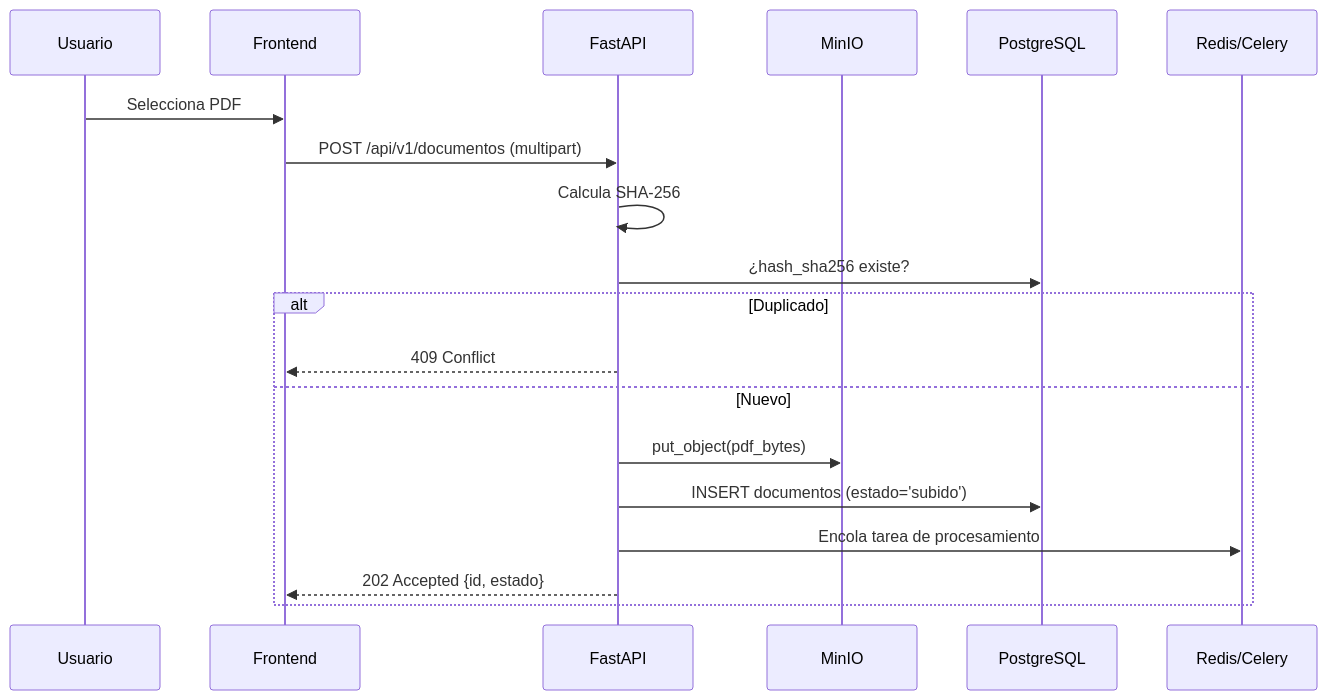
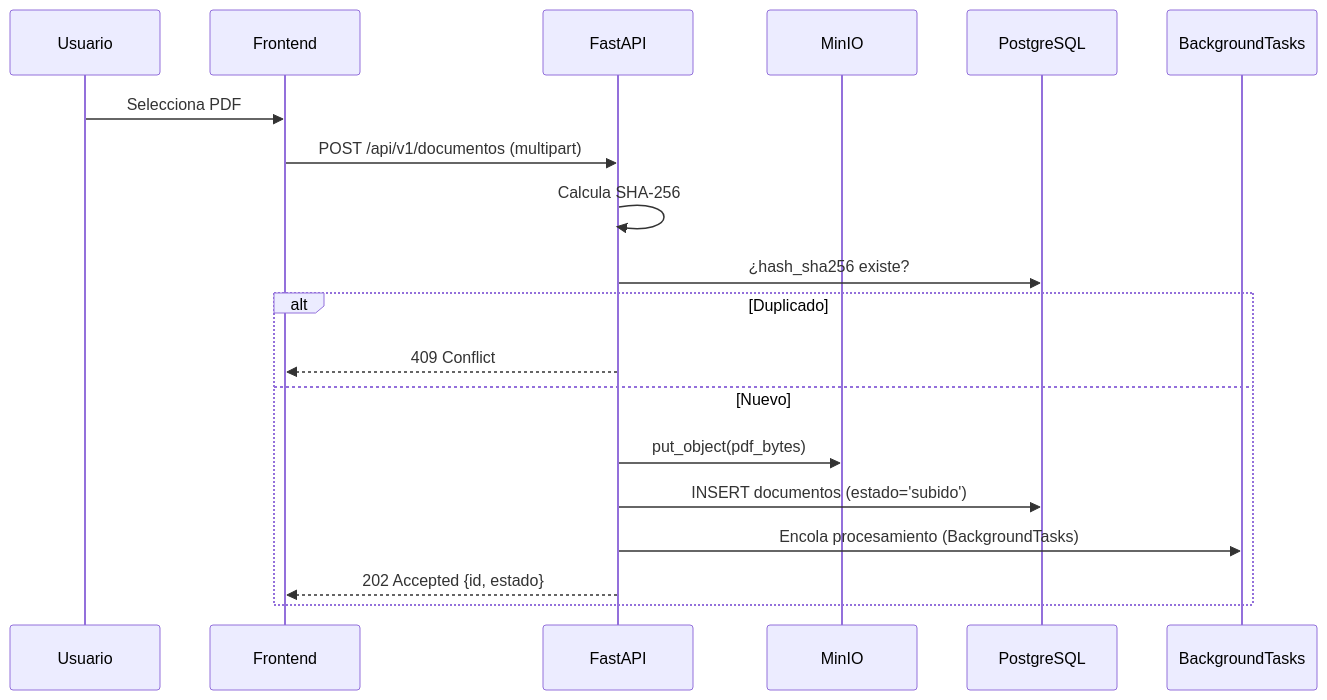
Before and after one commit to soviedos/cenfotec-gestion-academica: the first of 2 diagrams in docs/processing-pipeline.md, drawn with Mermaid. The commit also changed other lines of this file and 8 other files, not shown here.

````diff
--- a/docs/processing-pipeline.md
+++ b/docs/processing-pipeline.md
@@ -22,22 +22,22 @@
 ```mermaid
 sequenceDiagram
     participant U as Usuario
     participant FE as Frontend
     participant API as FastAPI
     participant S3 as MinIO
     participant DB as PostgreSQL
-    participant Q as Redis/Celery
+    participant Q as BackgroundTasks
 
     U->>FE: Selecciona PDF
     FE->>API: POST /api/v1/documentos (multipart)
     API->>API: Calcula SHA-256
     API->>DB: ¿hash_sha256 existe?
     alt Duplicado
         API-->>FE: 409 Conflict
     else Nuevo
         API->>S3: put_object(pdf_bytes)
         API->>DB: INSERT documentos (estado='subido')
-        API->>Q: Encola tarea de procesamiento
+        API->>Q: Encola procesamiento (BackgroundTasks)
         API-->>FE: 202 Accepted {id, estado}
     end
 ```
````
